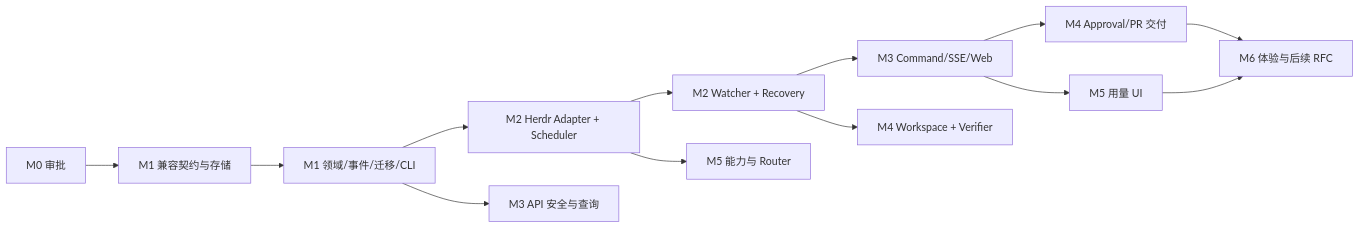
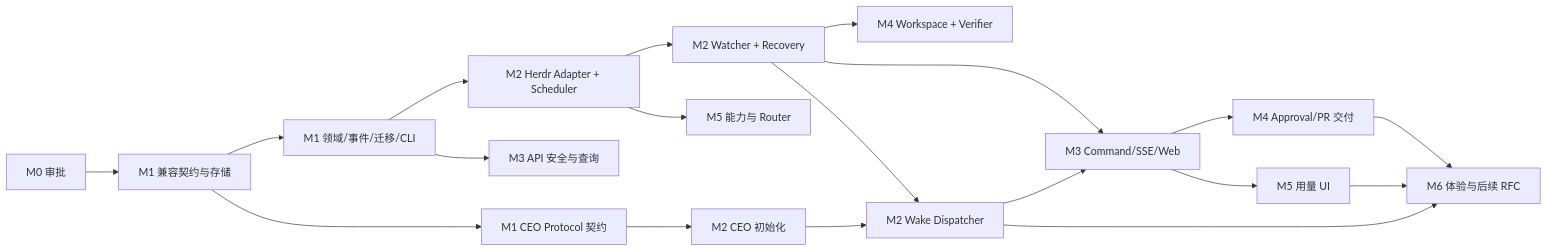
Before and after one commit to DiQiTech-AI/teamcraft: the second of 2 diagrams in doc/TEAMCRAFT_2_0_M0_REVIEW.md, drawn with Mermaid. The commit also changed other lines of this file and 1 other file, not shown here.

Commit message:
docs: plan CEO protocol and cross-harness orchestration

````diff
--- a/doc/TEAMCRAFT_2_0_M0_REVIEW.md
+++ b/doc/TEAMCRAFT_2_0_M0_REVIEW.md
@@ -273,15 +293,21 @@
 ```mermaid
 flowchart LR
     M0[M0 审批] --> M1A[M1 兼容契约与存储]
     M1A --> M1B[M1 领域/事件/迁移/CLI]
     M1B --> M2A[M2 Herdr Adapter + Scheduler]
     M2A --> M2B[M2 Watcher + Recovery]
     M1B --> M3A[M3 API 安全与查询]
     M2B --> M3B[M3 Command/SSE/Web]
     M2B --> M4A[M4 Workspace + Verifier]
     M3B --> M4B[M4 Approval/PR 交付]
     M2A --> M5A[M5 能力与 Router]
     M3B --> M5B[M5 用量 UI]
     M4B --> M6[M6 体验与后续 RFC]
     M5B --> M6
+    M1A --> P[M1 CEO Protocol 契约]
+    P --> I[M2 CEO 初始化]
+    M2B --> W[M2 Wake Dispatcher]
+    I --> W
+    W --> M3B
+    W --> M6
 ```
````
